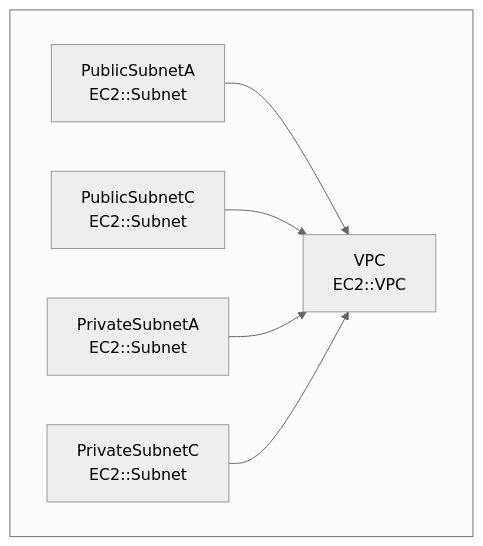
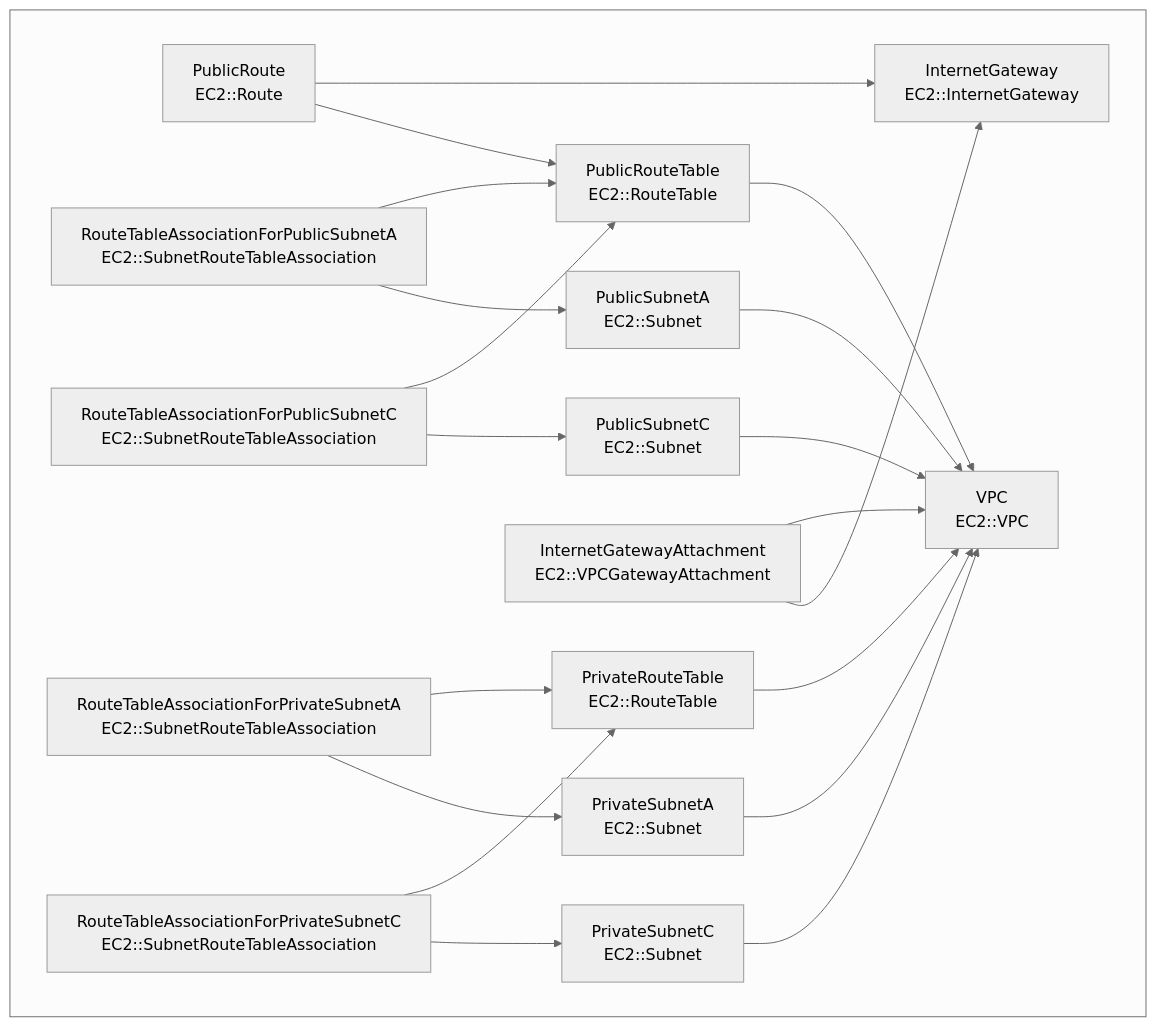
One commit to kmbys/sam-vpc changed the diagram in README.md. Above: the diagram before and after it, drawn with Mermaid (neutral theme). The commit also changed 1 other file, not shown here.

Commit message:
add routetable

````diff
--- a/README.md
+++ b/README.md
@@ -2,10 +2,25 @@
 ```mermaid
-flowchart TB;
-    subgraph &nbsp;
-        rootPublicSubnetA[PublicSubnetA<br/>EC2::Subnet]-->rootVPC[VPC<br/>EC2::VPC]
-        rootPublicSubnetC[PublicSubnetC<br/>EC2::Subnet]-->rootVPC[VPC<br/>EC2::VPC]
-        rootPrivateSubnetA[PrivateSubnetA<br/>EC2::Subnet]-->rootVPC[VPC<br/>EC2::VPC]
-        rootPrivateSubnetC[PrivateSubnetC<br/>EC2::Subnet]-->rootVPC[VPC<br/>EC2::VPC]
-end
+        flowchart TB;
+                subgraph &nbsp;
+                rootPublicSubnetA[PublicSubnetA<br/>EC2::Subnet]-->rootVPC[VPC<br/>EC2::VPC]
+                rootPublicSubnetC[PublicSubnetC<br/>EC2::Subnet]-->rootVPC[VPC<br/>EC2::VPC]
+                rootPrivateSubnetA[PrivateSubnetA<br/>EC2::Subnet]-->rootVPC[VPC<br/>EC2::VPC]
+                rootPrivateSubnetC[PrivateSubnetC<br/>EC2::Subnet]-->rootVPC[VPC<br/>EC2::VPC]
+                rootInternetGatewayAttachment[InternetGatewayAttachment<br/>EC2::VPCGatewayAttachment]-->rootInternetGateway[InternetGateway<br/>EC2::InternetGateway]
+                rootInternetGatewayAttachment[InternetGatewayAttachment<br/>EC2::VPCGatewayAttachment]-->rootVPC[VPC<br/>EC2::VPC]
+                rootPublicRouteTable[PublicRouteTable<br/>EC2::RouteTable]-->rootVPC[VPC<br/>EC2::VPC]
+                rootPrivateRouteTable[PrivateRouteTable<br/>EC2::RouteTable]-->rootVPC[VPC<br/>EC2::VPC]
+                rootPublicRoute[PublicRoute<br/>EC2::Route]-->rootPublicRouteTable[PublicRouteTable<br/>EC2::RouteTable]
+                rootPublicRoute[PublicRoute<br/>EC2::Route]-->rootInternetGateway[InternetGateway<br/>EC2::InternetGateway]
+                rootRouteTableAssociationForPublicSubnetA[RouteTableAssociationForPublicSubnetA<br/>EC2::SubnetRouteTableAssociation]-->rootPublicSubnetA[PublicSubnetA<br/>EC2::Subnet]
+                rootRouteTableAssociationForPublicSubnetA[RouteTableAssociationForPublicSubnetA<br/>EC2::SubnetRouteTableAssociation]-->rootPublicRouteTable[PublicRouteTable<br/>EC2::RouteTable]
+                rootRouteTableAssociationForPublicSubnetC[RouteTableAssociationForPublicSubnetC<br/>EC2::SubnetRouteTableAssociation]-->rootPublicSubnetC[PublicSubnetC<br/>EC2::Subnet]
+                rootRouteTableAssociationForPublicSubnetC[RouteTableAssociationForPublicSubnetC<br/>EC2::SubnetRouteTableAssociation]-->rootPublicRouteTable[PublicRouteTable<br/>EC2::RouteTable]
+                rootRouteTableAssociationForPrivateSubnetA[RouteTableAssociationForPrivateSubnetA<br/>EC2::SubnetRouteTableAssociation]-->rootPrivateSubnetA[PrivateSubnetA<br/>EC2::Subnet]
+                rootRouteTableAssociationForPrivateSubnetA[RouteTableAssociationForPrivateSubnetA<br/>EC2::SubnetRouteTableAssociation]-->rootPrivateRouteTable[PrivateRouteTable<br/>EC2::RouteTable]
+                rootRouteTableAssociationForPrivateSubnetC[RouteTableAssociationForPrivateSubnetC<br/>EC2::SubnetRouteTableAssociation]-->rootPrivateSubnetC[PrivateSubnetC<br/>EC2::Subnet]
+                rootRouteTableAssociationForPrivateSubnetC[RouteTableAssociationForPrivateSubnetC<br/>EC2::SubnetRouteTableAssociation]-->rootPrivateRouteTable[PrivateRouteTable<br/>EC2::RouteTable]
+
+        end
 
 ```
````
